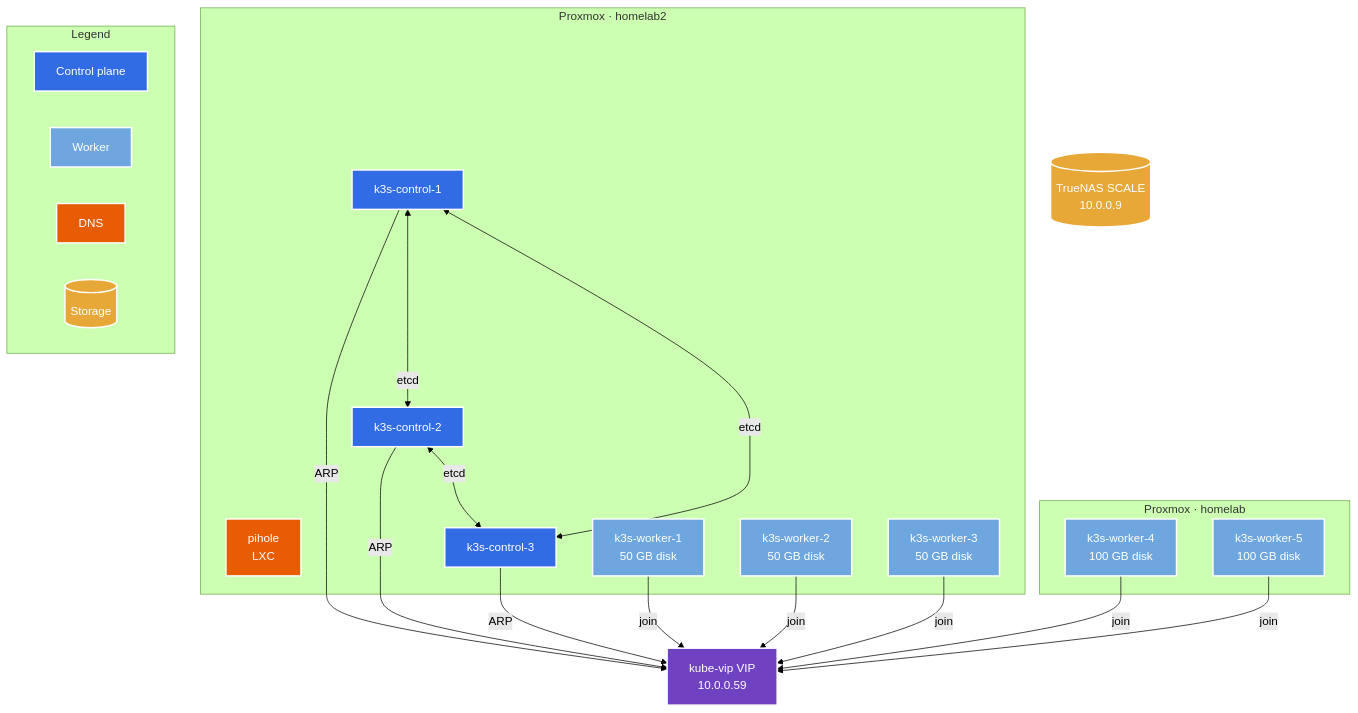
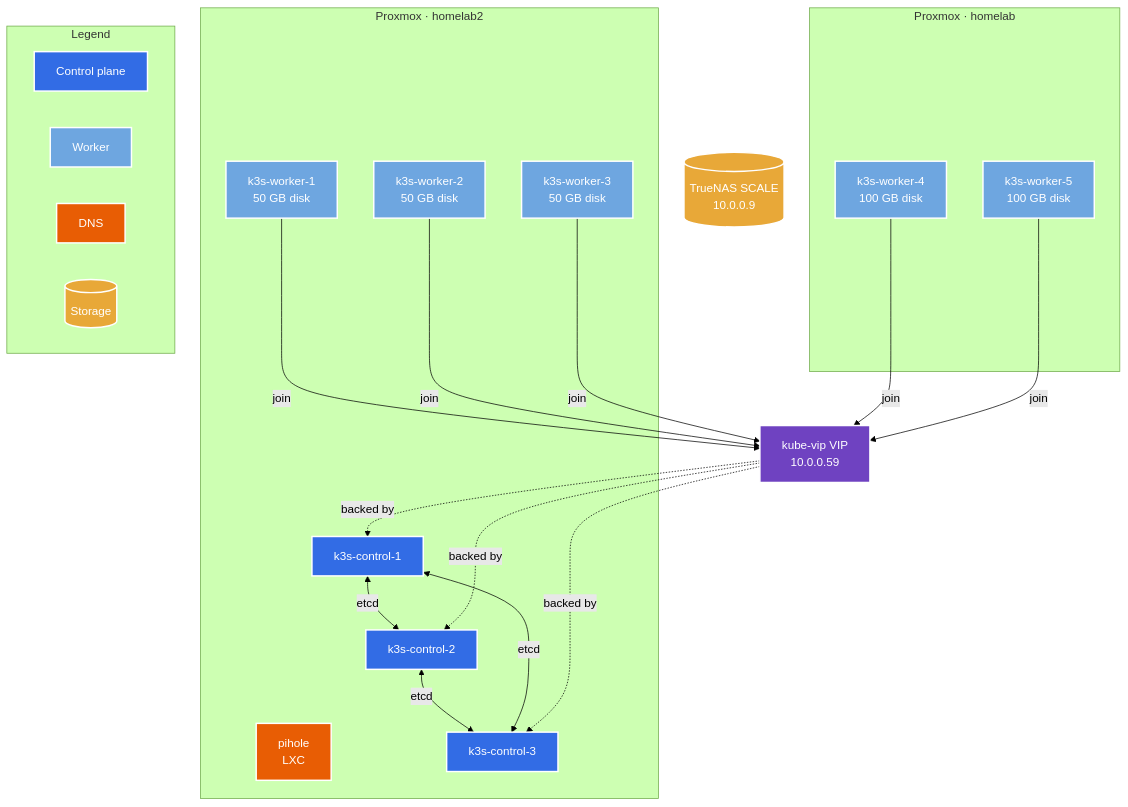
Before and after one commit to byeich/homelab: the first of 5 diagrams in docs/architecture.md, drawn with Mermaid (forest theme).

Commit message:
fix kube-vip VIP arrow direction in diagram

````diff
--- a/docs/architecture.md
+++ b/docs/architecture.md
@@ -7,47 +7,47 @@
 ```mermaid
 flowchart TB
     subgraph prox2["Proxmox · homelab2"]
         pihole["pihole\nLXC"]
         ctrl1["k3s-control-1"]
         ctrl2["k3s-control-2"]
         ctrl3["k3s-control-3"]
         wrk1["k3s-worker-1\n50 GB disk"]
         wrk2["k3s-worker-2\n50 GB disk"]
         wrk3["k3s-worker-3\n50 GB disk"]
     end
 
     subgraph prox1["Proxmox · homelab"]
         wrk4["k3s-worker-4\n100 GB disk"]
         wrk5["k3s-worker-5\n100 GB disk"]
     end
 
     truenas[("TrueNAS SCALE\n10.0.0.9")]
 
     subgraph legend["Legend"]
         direction LR
         lc["Control plane"]:::control
         lw["Worker"]:::worker
         ld["DNS"]:::dns
         ls[("Storage")]:::nas
     end
 
     vip["kube-vip VIP\n10.0.0.59"]:::vip
 
     ctrl1 <-->|"etcd"| ctrl2
     ctrl2 <-->|"etcd"| ctrl3
     ctrl1 <-->|"etcd"| ctrl3
-    ctrl1 & ctrl2 & ctrl3 -->|"ARP"| vip
+    vip -.->|"backed by"| ctrl1 & ctrl2 & ctrl3
     wrk1 & wrk2 & wrk3 & wrk4 & wrk5 -->|"join"| vip
 
     classDef control fill:#326ce5,stroke:#fff,stroke-width:2px,color:#fff
     classDef worker  fill:#6ea6e0,stroke:#fff,stroke-width:2px,color:#fff
     classDef dns     fill:#e85d04,stroke:#fff,stroke-width:2px,color:#fff
     classDef nas     fill:#e8a838,stroke:#fff,stroke-width:2px,color:#fff
     classDef vip     fill:#6f42c1,stroke:#fff,stroke-width:2px,color:#fff
 
     class ctrl1,ctrl2,ctrl3,lc control
     class wrk1,wrk2,wrk3,wrk4,wrk5,lw worker
     class pihole,ld dns
     class truenas,ls nas
     class vip vip
 ```
````
